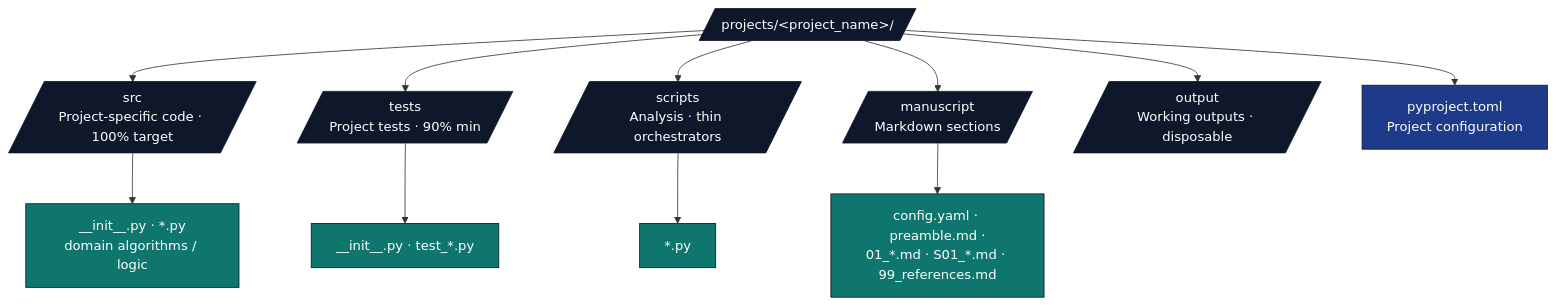
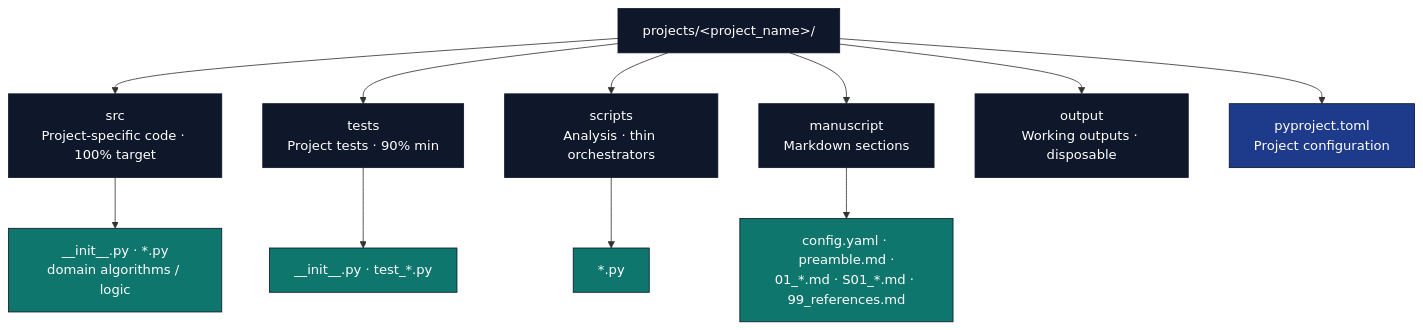
The first of 2 diagrams in CLAUDE.md (docxology/template), drawn with Mermaid before and after one commit. The commit also changed other lines of this file and 94 other files, not shown here.

````diff
--- a/CLAUDE.md
+++ b/CLAUDE.md
@@ -313,22 +313,22 @@
 ```mermaid
 flowchart TB
-    P[/projects/&lt;project_name&gt;//]
-    P --> SRC[/src<br/>Project-specific code · 100% target/]
-    P --> T[/tests<br/>Project tests · 90% min/]
-    P --> SC[/scripts<br/>Analysis · thin orchestrators/]
-    P --> M[/manuscript<br/>Markdown sections/]
-    P --> O[/output<br/>Working outputs · disposable/]
+    P[projects/&lt;project_name&gt;/]
+    P --> SRC[src<br/>Project-specific code · 100% target]
+    P --> T[tests<br/>Project tests · 90% min]
+    P --> SC[scripts<br/>Analysis · thin orchestrators]
+    P --> M[manuscript<br/>Markdown sections]
+    P --> O[output<br/>Working outputs · disposable]
     P --> PY[pyproject.toml<br/>Project configuration]
 
     SRC --> SRC_F[__init__.py · *.py<br/>domain algorithms / logic]
     T --> T_F[__init__.py · test_*.py]
     SC --> SC_F[*.py]
     M --> M_F[config.yaml · preamble.md ·<br/>01_*.md · S01_*.md · 99_references.md]
 
     classDef d fill:#0f172a,stroke:#0f172a,color:#fff
     classDef f fill:#0f766e,stroke:#0f172a,color:#fff
     classDef cfg fill:#1e3a8a,stroke:#0f172a,color:#fff
     class P,SRC,T,SC,M,O d
     class SRC_F,T_F,SC_F,M_F f
     class PY cfg
 ```
````
